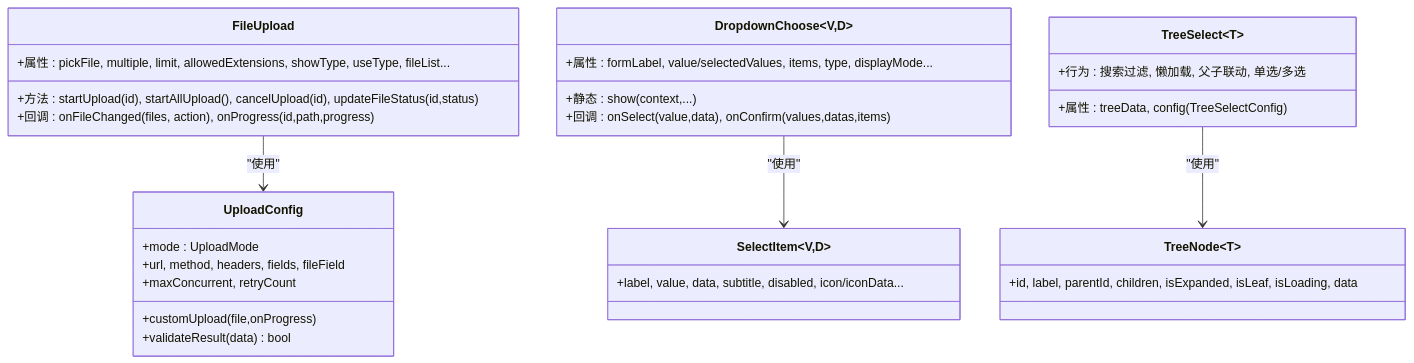
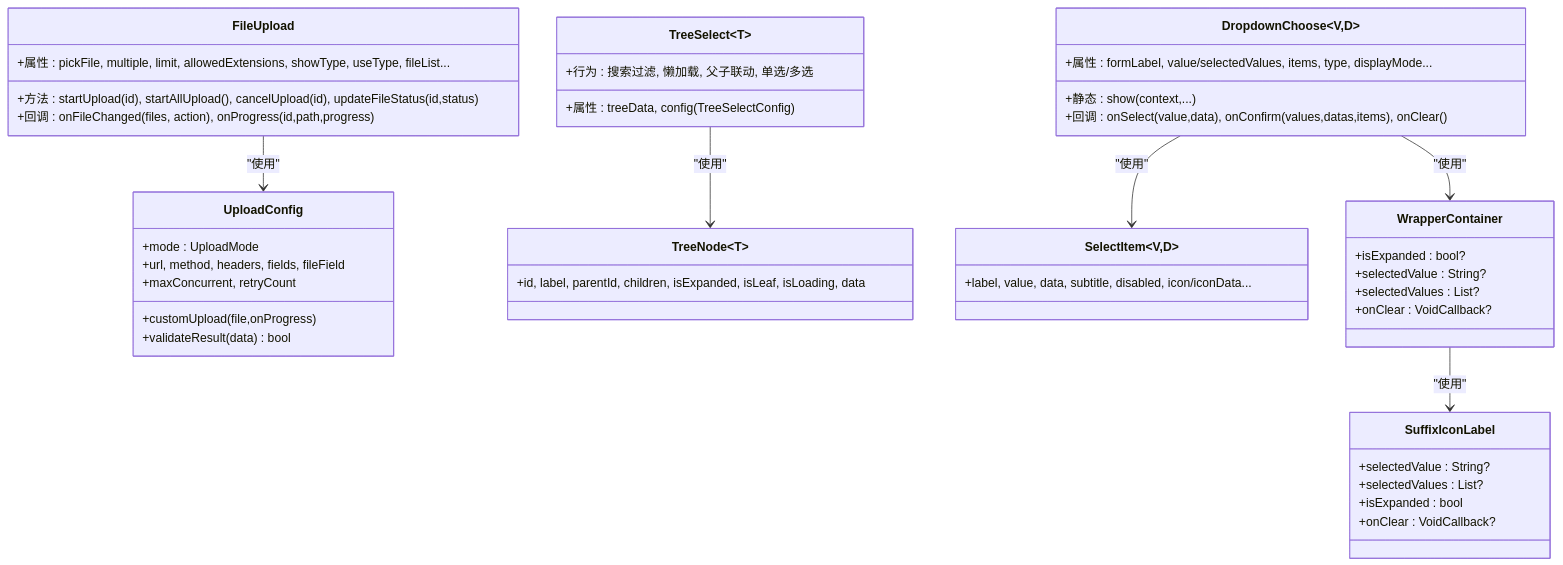
Before and after one commit to yuzhido/lite-ui: the second of 8 diagrams in .qoder/repowiki/zh/content/API 参考/高级组件 API/高级组件 API.md, drawn with Mermaid. The commit also changed other lines of this file and 37 other files, not shown here.

````diff
--- a/.qoder/repowiki/zh/content/API 参考/高级组件 API/高级组件 API.md
+++ b/.qoder/repowiki/zh/content/API 参考/高级组件 API/高级组件 API.md
@@ -74,33 +83,47 @@
 ```mermaid
 classDiagram
 class FileUpload {
 +属性 : pickFile, multiple, limit, allowedExtensions, showType, useType, fileList...
 +方法 : startUpload(id), startAllUpload(), cancelUpload(id), updateFileStatus(id,status)
 +回调 : onFileChanged(files, action), onProgress(id,path,progress)
 }
 class UploadConfig {
 +mode : UploadMode
 +url, method, headers, fields, fileField
 +maxConcurrent, retryCount
 +customUpload(file,onProgress)
 +validateResult(data) bool
 }
 class DropdownChoose~V,D~ {
 +属性 : formLabel, value/selectedValues, items, type, displayMode...
 +静态 : show(context,...)
-+回调 : onSelect(value,data), onConfirm(values,datas,items)
++回调 : onSelect(value,data), onConfirm(values,datas,items), onClear()
 }
 class TreeSelect~T~ {
 +属性 : treeData, config(TreeSelectConfig)
 +行为 : 搜索过滤, 懒加载, 父子联动, 单选/多选
 }
 class TreeNode~T~ {
 +id, label, parentId, children, isExpanded, isLeaf, isLoading, data
 }
 class SelectItem~V,D~ {
 +label, value, data, subtitle, disabled, icon/iconData...
 }
+class WrapperContainer {
++isExpanded : bool?
++selectedValue : String?
++selectedValues : List<String>?
++onClear : VoidCallback?
+}
+class SuffixIconLabel {
++selectedValue : String?
++selectedValues : List<String>?
++isExpanded : bool
++onClear : VoidCallback?
+}
 FileUpload --> UploadConfig : "使用"
 DropdownChoose --> SelectItem : "使用"
+DropdownChoose --> WrapperContainer : "使用"
+WrapperContainer --> SuffixIconLabel : "使用"
 TreeSelect --> TreeNode : "使用"
 ```
````
